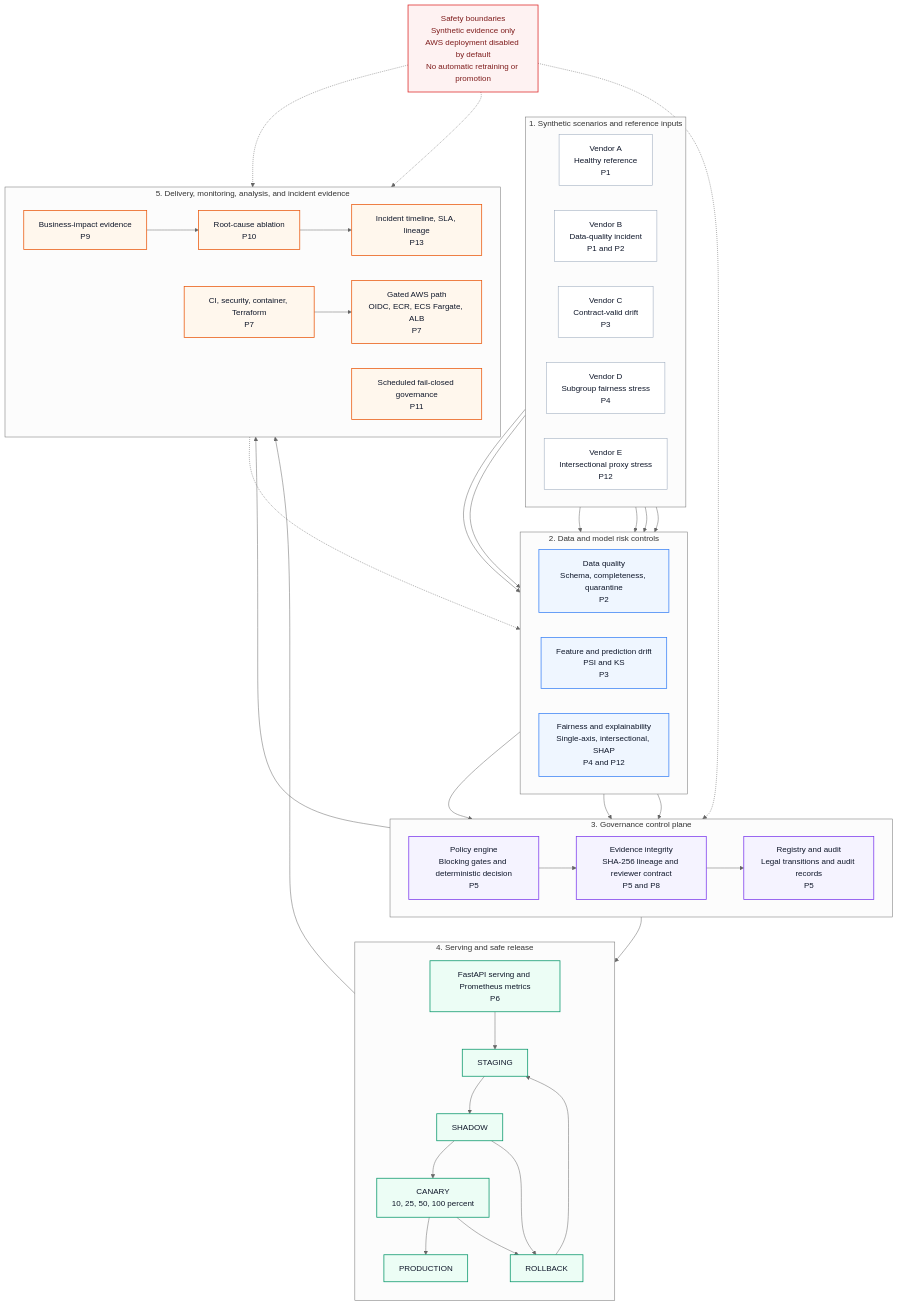
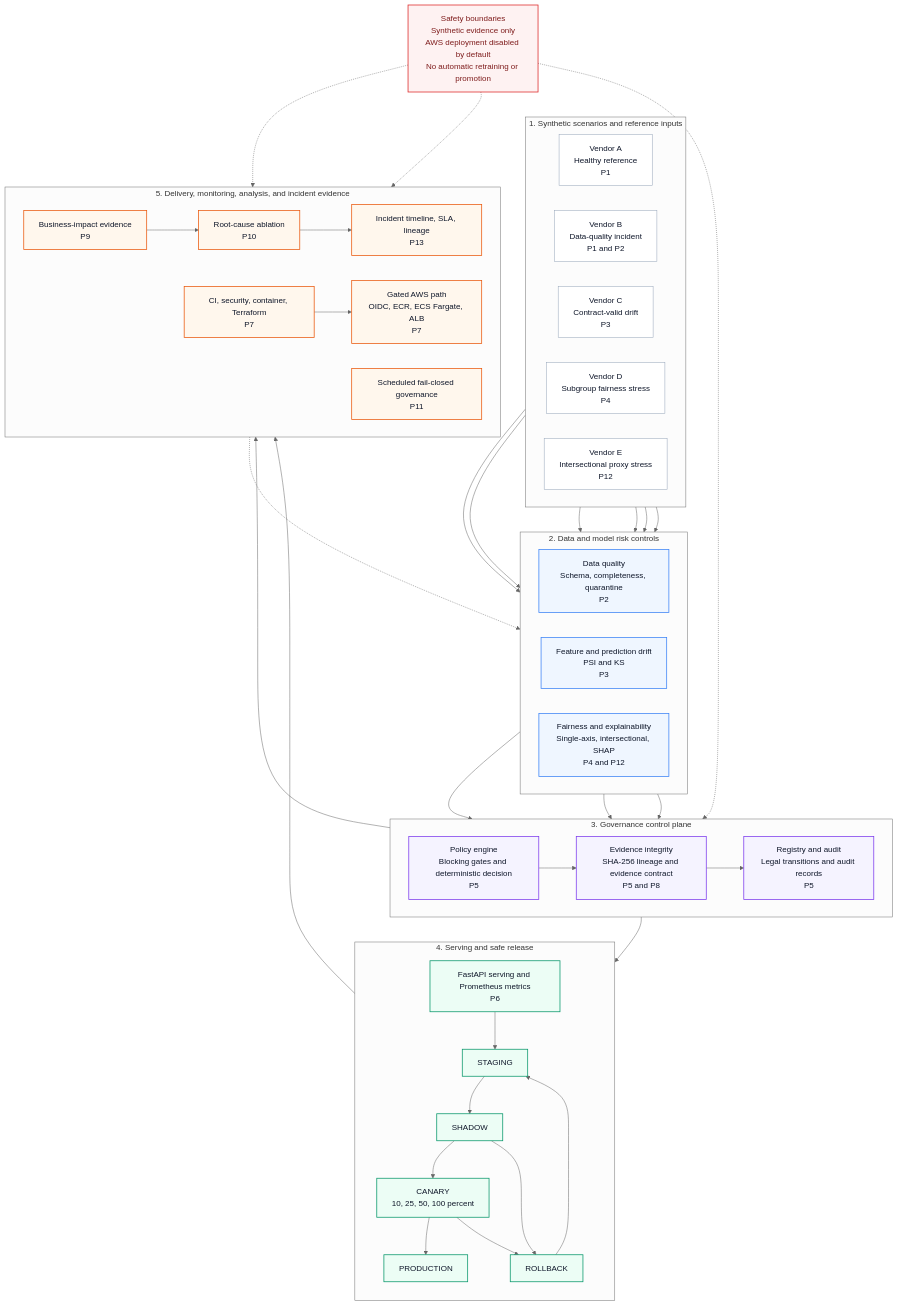
The diagram in docs/assets/diagrams/system-overview.mmd (Parmodk2310/CreditScorev4-ML-Governance), drawn with Mermaid (neutral theme) before and after one commit. The commit also changed 4 other files, not shown here.

Commit message:
docs: remove audience labels from architecture assets

```diff
--- a/docs/assets/diagrams/system-overview.mmd
+++ b/docs/assets/diagrams/system-overview.mmd
@@ -1,81 +1,81 @@
 flowchart TB
     subgraph INPUTS["1. Synthetic scenarios and reference inputs"]
         direction LR
         A["Vendor A<br/>Healthy reference<br/>P1"]
         B["Vendor B<br/>Data-quality incident<br/>P1 and P2"]
         C["Vendor C<br/>Contract-valid drift<br/>P3"]
         D["Vendor D<br/>Subgroup fairness stress<br/>P4"]
         E["Vendor E<br/>Intersectional proxy stress<br/>P12"]
     end
 
     subgraph RISK["2. Data and model risk controls"]
         direction LR
         Q["Data quality<br/>Schema, completeness, quarantine<br/>P2"]
         DR["Feature and prediction drift<br/>PSI and KS<br/>P3"]
         F["Fairness and explainability<br/>Single-axis, intersectional, SHAP<br/>P4 and P12"]
     end
 
     subgraph GOV["3. Governance control plane"]
         direction LR
         GP["Policy engine<br/>Blocking gates and deterministic decision<br/>P5"]
-        EI["Evidence integrity<br/>SHA-256 lineage and reviewer contract<br/>P5 and P8"]
+        EI["Evidence integrity<br/>SHA-256 lineage and evidence contract<br/>P5 and P8"]
         REG["Registry and audit<br/>Legal transitions and audit records<br/>P5"]
     end
 
     subgraph RELEASE["4. Serving and safe release"]
         direction TB
         API["FastAPI serving and Prometheus metrics<br/>P6"]
         ST["STAGING"] --> SH["SHADOW"] --> CA["CANARY<br/>10, 25, 50, 100 percent"] --> PR["PRODUCTION"]
         SH --> RB["ROLLBACK"]
         CA --> RB
         RB --> ST
         API --> ST
     end
 
     subgraph OPS["5. Delivery, monitoring, analysis, and incident evidence"]
         direction LR
         CI["CI, security, container, Terraform<br/>P7"]
         MON["Scheduled fail-closed governance<br/>P11"]
         IMP["Business-impact evidence<br/>P9"]
         RCA["Root-cause ablation<br/>P10"]
         INC["Incident timeline, SLA, lineage<br/>P13"]
         AWS["Gated AWS path<br/>OIDC, ECR, ECS Fargate, ALB<br/>P7"]
     end
 
     SAFE["Safety boundaries<br/>Synthetic evidence only<br/>AWS deployment disabled by default<br/>No automatic retraining or promotion"]
 
     A --> Q
     B --> Q
     B --> DR
     C --> DR
     D --> F
     E --> F
 
     Q --> GP
     DR --> GP
     F --> GP
     GP --> EI --> REG
 
     REG --> API
     PR --> OPS
     EI --> IMP --> RCA --> INC
 
     CI --> AWS
     MON -.-> RISK
     SAFE -.-> AWS
     SAFE -.-> MON
     SAFE -.-> GOV
 
     classDef scenario fill:#FFFFFF,stroke:#94A3B8,color:#0F172A,stroke-width:1px;
     classDef risk fill:#EFF6FF,stroke:#3B82F6,color:#0F172A,stroke-width:1.5px;
     classDef governance fill:#F5F3FF,stroke:#7C3AED,color:#0F172A,stroke-width:1.5px;
     classDef release fill:#ECFDF5,stroke:#059669,color:#0F172A,stroke-width:1.5px;
     classDef operations fill:#FFF7ED,stroke:#EA580C,color:#0F172A,stroke-width:1.5px;
     classDef safety fill:#FEF2F2,stroke:#DC2626,color:#7F1D1D,stroke-width:1.5px;
 
     class A,B,C,D,E scenario;
     class Q,DR,F risk;
     class GP,EI,REG governance;
     class API,ST,SH,CA,PR,RB release;
     class CI,MON,IMP,RCA,INC,AWS operations;
     class SAFE safety;
```
